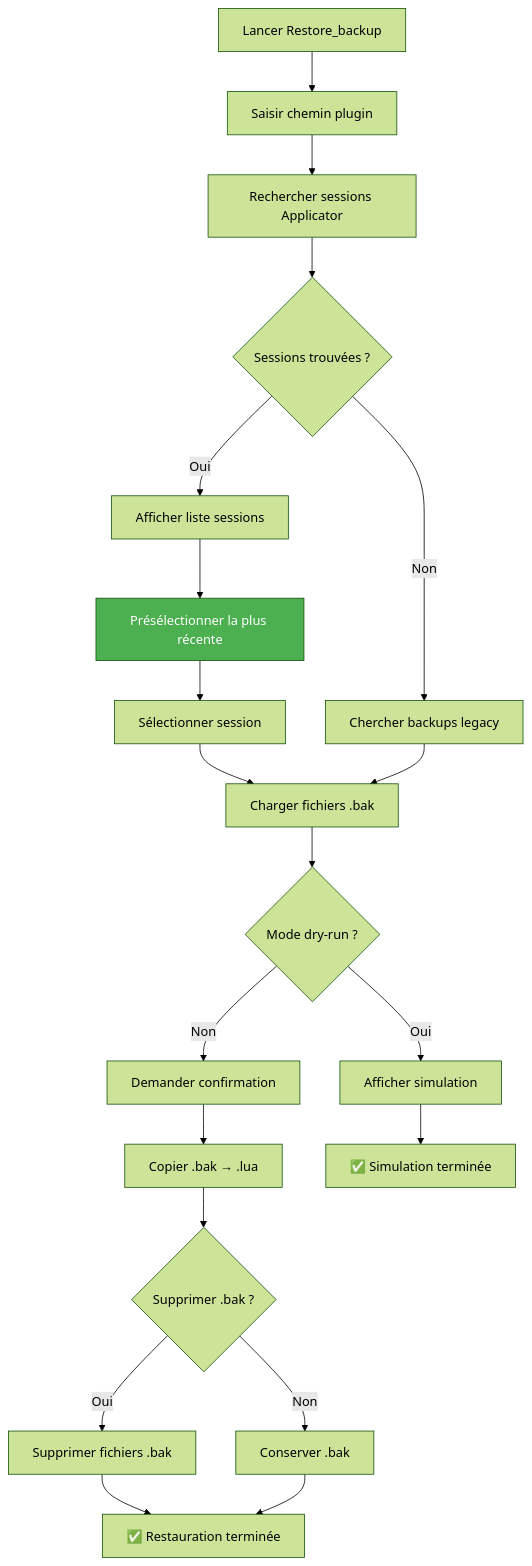
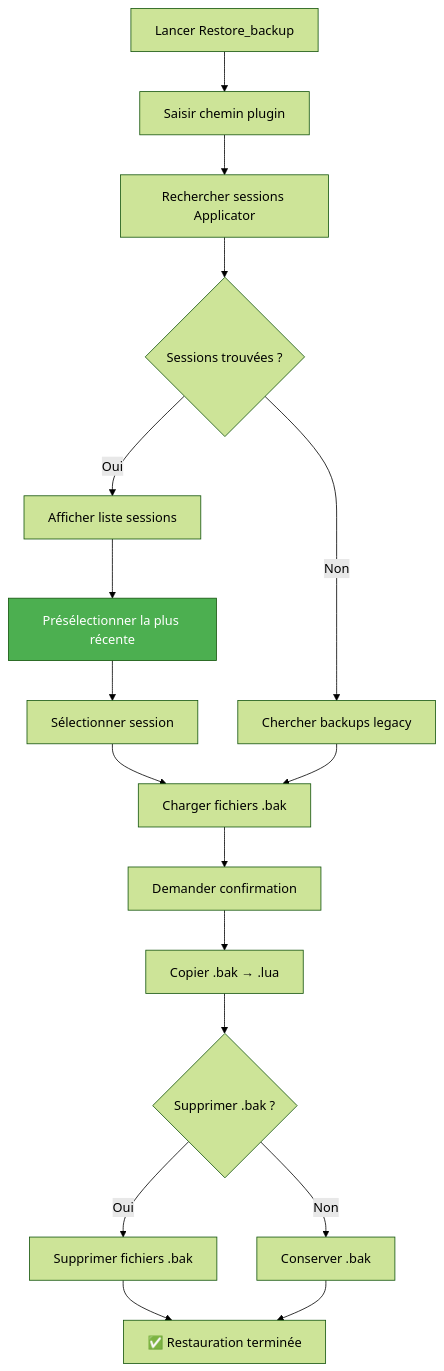
Before and after one commit to Gotcha26/Adobe_Lightroom_Translation_Plugins_Kit: the second of 6 diagrams in 9_Tools/__doc/fr/outils/RESTORE_BACKUP.md, drawn with Mermaid (forest theme). The commit also changed other lines of this file and 2 other files, not shown here.

Commit message:
Delete dry-run option to restore .bak

````diff
--- a/9_Tools/__doc/fr/outils/RESTORE_BACKUP.md
+++ b/9_Tools/__doc/fr/outils/RESTORE_BACKUP.md
@@ -56,29 +54,26 @@
 ```mermaid
 flowchart TD
     A["Lancer Restore_backup"] --> B["Saisir chemin plugin"]
     B --> C["Rechercher sessions Applicator"]
     C --> D{"Sessions trouvées ?"}
 
     D -->|Oui| E["Afficher liste sessions"]
     D -->|Non| F["Chercher backups legacy"]
 
     E --> G["Présélectionner la plus récente"]
     G --> H["Sélectionner session"]
     H --> I["Charger fichiers .bak"]
 
     F --> I
 
-    I --> J{"Mode dry-run ?"}
-    J -->|Oui| K["Afficher simulation"]
-    J -->|Non| L["Demander confirmation"]
+    I --> L["Demander confirmation"]
     L --> M["Copier .bak → .lua"]
     M --> N{"Supprimer .bak ?"}
     N -->|Oui| O["Supprimer fichiers .bak"]
     N -->|Non| P["Conserver .bak"]
 
-    K --> Q["✅ Simulation terminée"]
     O --> R["✅ Restauration terminée"]
     P --> R
 
     style G fill:#4CAF50,color:#fff
 ```
````
